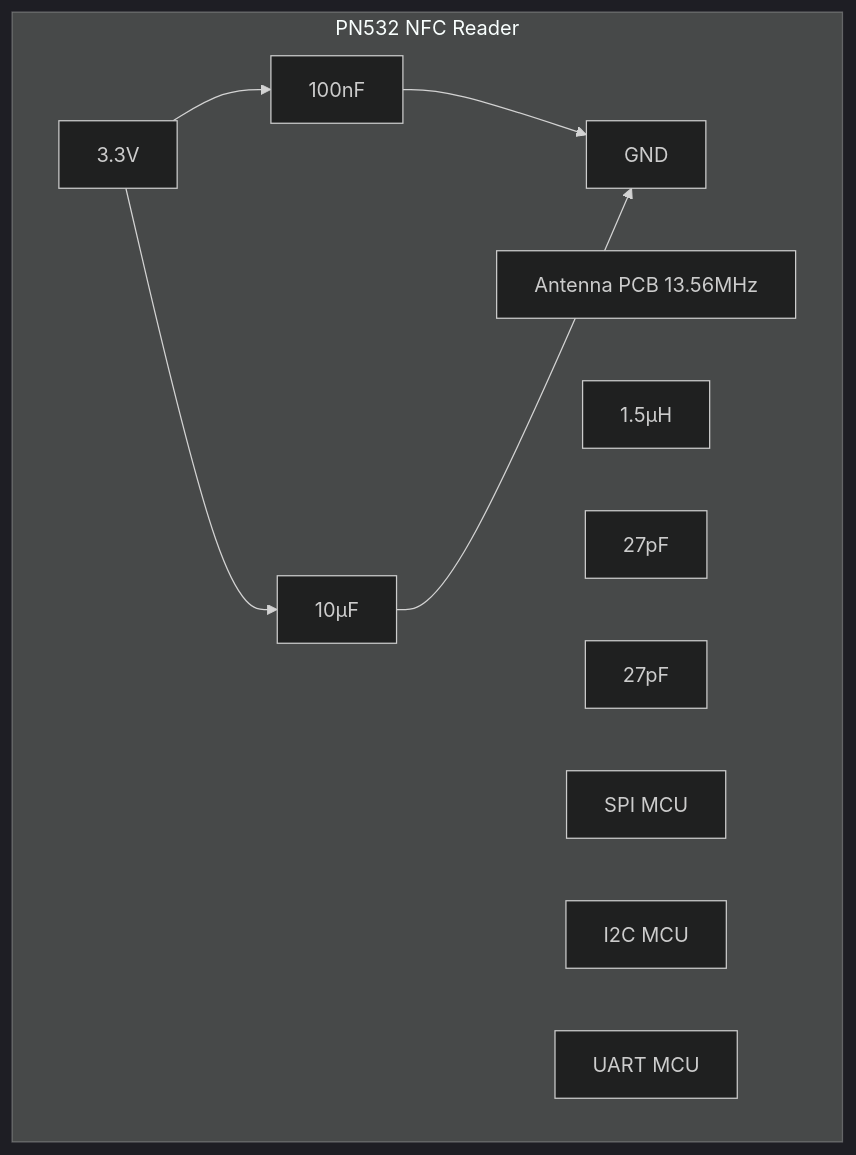
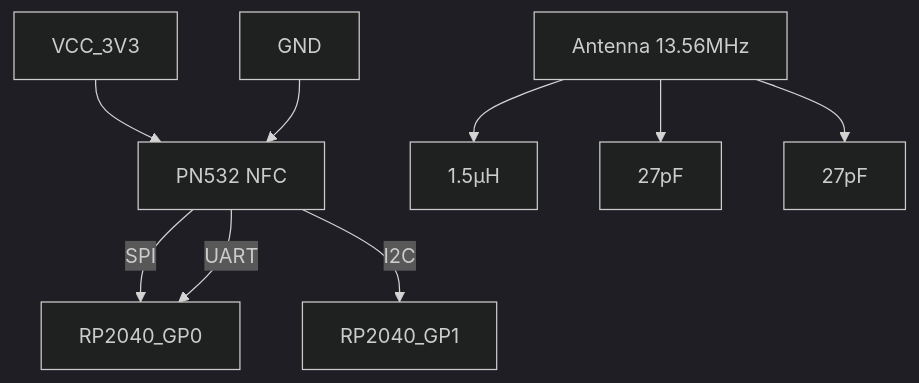
Before and after one commit to morteerror404/Goitaca-Hacker-HUB: the seventh of 7 diagrams in Squemas/subdivisões/RF/diagrama de conexão.md, drawn with Mermaid (dark theme). The commit also changed other lines of this file, not shown here.

````diff
--- a/Squemas/subdivisões/RF/diagrama de conexão.md
+++ b/Squemas/subdivisões/RF/diagrama de conexão.md
@@ -85,15 +140,16 @@
 ```mermaid
-%% -------------------- Módulo PN532 --------------------
 graph TD
-    subgraph PN532_Module["PN532 NFC Reader"]
-        VDDP["3.3V"] --> C3["100nF"] --> GND
-        VDDP --> C4["10µF"] --> GND
-        ANT["Antenna PCB 13.56MHz"]
-        L1["1.5µH"]
-        C1["27pF"]
-        C2["27pF"]
-        SPI_MCU["SPI MCU"]
-        I2C_MCU["I2C MCU"]
-        UART_MCU["UART MCU"]
-    end
+    PN532["PN532 NFC"]
+    VCC_3V3 --> PN532
+    GND --> PN532
+
+    %% Antena
+    ANT["Antenna 13.56MHz"] --> L1["1.5µH"]
+    ANT --> C1["27pF"]
+    ANT --> C2["27pF"]
+
+    %% Conexões MCU
+    PN532 -->|SPI| RP2040_GP0
+    PN532 -->|I2C| RP2040_GP1
+    PN532 -->|UART| RP2040_GP0
 ```
````
